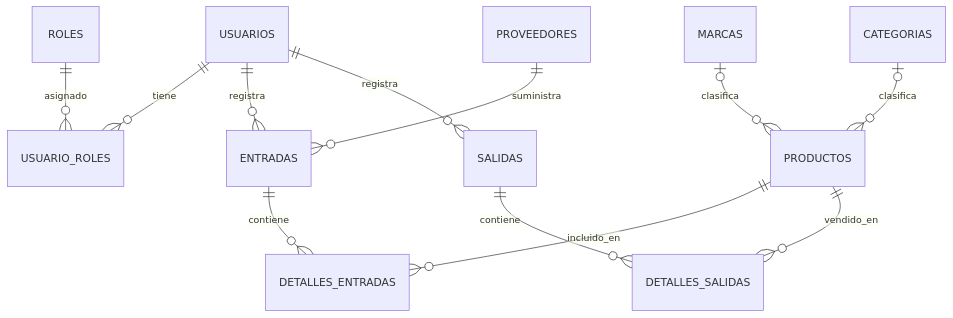
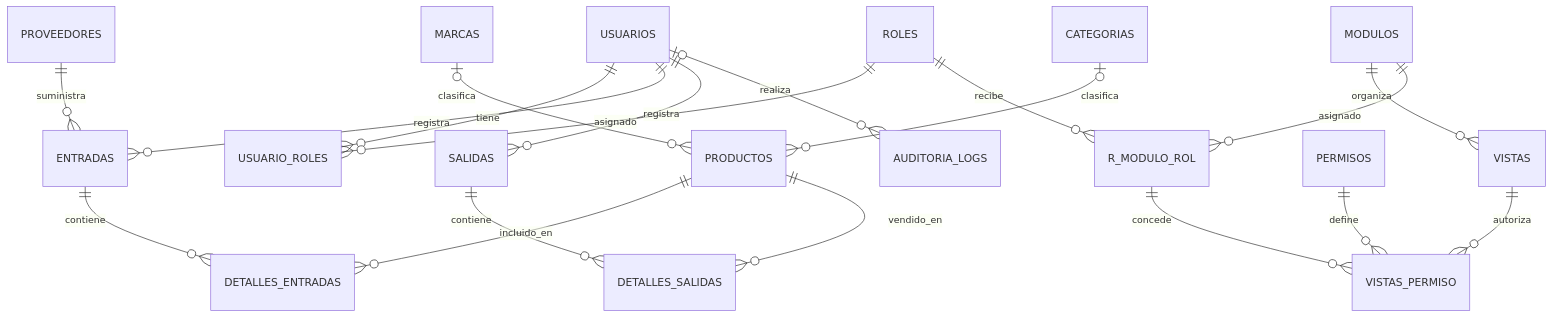
One commit to luisgonzalez114a-lgtm/safari changed the diagram in README.md. Above: the diagram before and after it, drawn with Mermaid. The commit also changed other lines of this file and 66 other files, not shown here.

````diff
--- a/README.md
+++ b/README.md
@@ -16,14 +16,21 @@
 ```mermaid
 erDiagram
     USUARIOS ||--o{ USUARIO_ROLES : tiene
     ROLES ||--o{ USUARIO_ROLES : asignado
     USUARIOS ||--o{ ENTRADAS : registra
     PROVEEDORES ||--o{ ENTRADAS : suministra
     ENTRADAS ||--o{ DETALLES_ENTRADAS : contiene
     PRODUCTOS ||--o{ DETALLES_ENTRADAS : incluido_en
     USUARIOS ||--o{ SALIDAS : registra
     SALIDAS ||--o{ DETALLES_SALIDAS : contiene
     PRODUCTOS ||--o{ DETALLES_SALIDAS : vendido_en
     MARCAS o|--o{ PRODUCTOS : clasifica
     CATEGORIAS o|--o{ PRODUCTOS : clasifica
+    MODULOS ||--o{ VISTAS : organiza
+    MODULOS ||--o{ R_MODULO_ROL : asignado
+    ROLES ||--o{ R_MODULO_ROL : recibe
+    R_MODULO_ROL ||--o{ VISTAS_PERMISO : concede
+    VISTAS ||--o{ VISTAS_PERMISO : autoriza
+    PERMISOS ||--o{ VISTAS_PERMISO : define
+    USUARIOS o|--o{ AUDITORIA_LOGS : realiza
 ```
````
